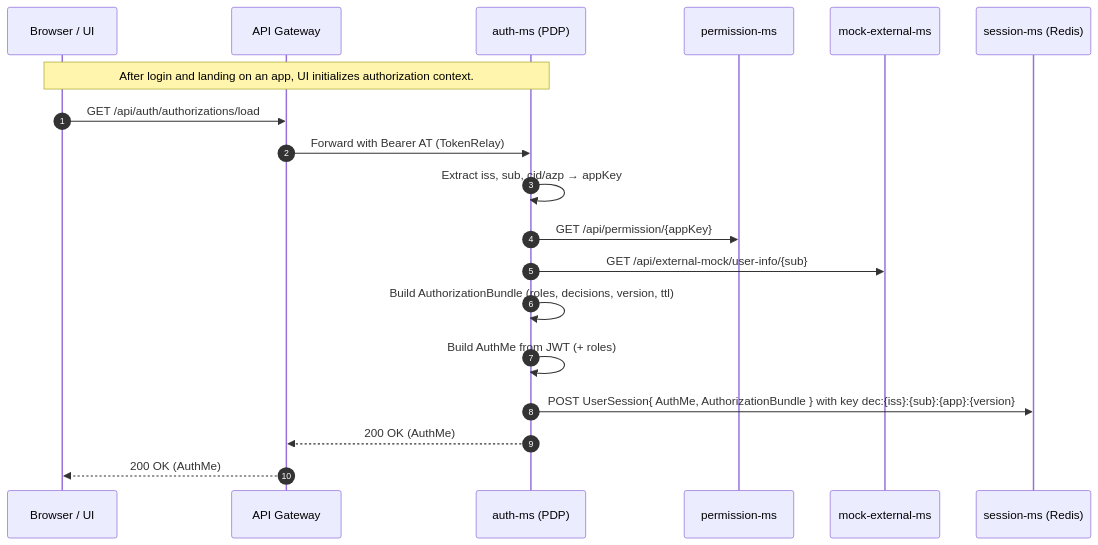
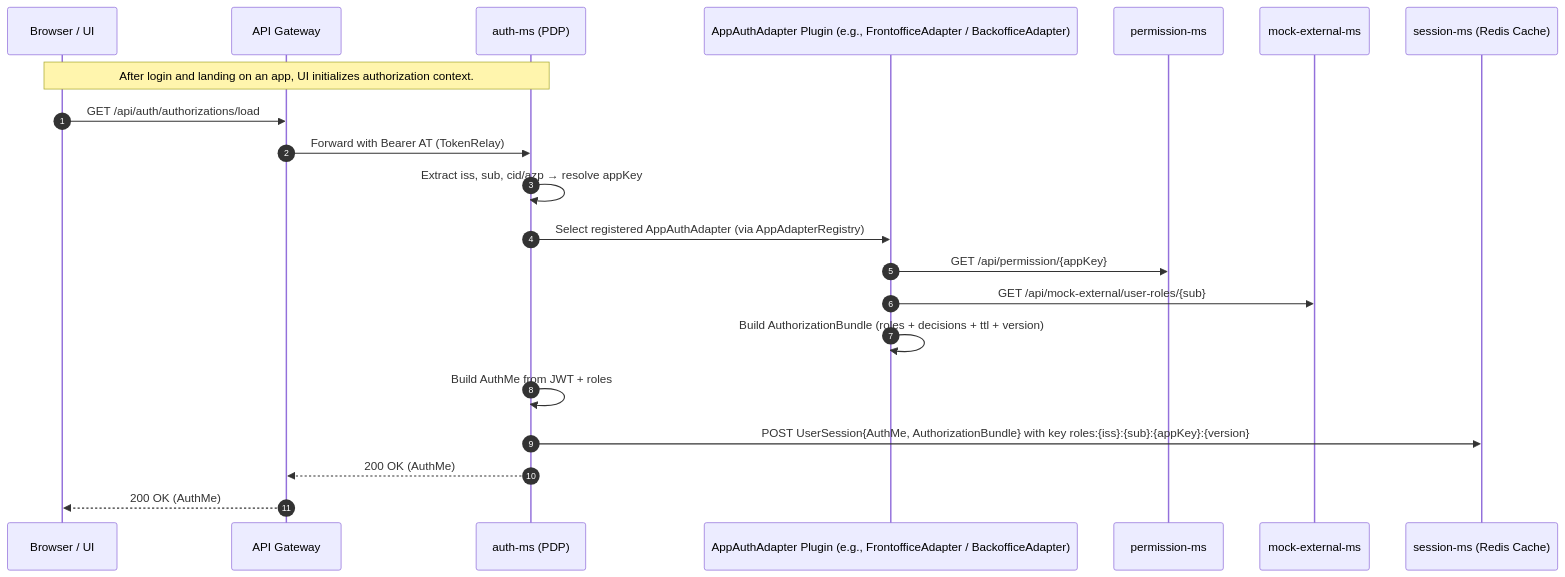
One commit to FredX123/sso-demo changed the third of 6 diagrams in backend/docs/auth_authz_caching/auth_authz_design.md. Above: the diagram before and after it, drawn with Mermaid. The commit also changed other lines of this file and 4 other files, not shown here.

````diff
--- a/backend/docs/auth_authz_caching/auth_authz_design.md
+++ b/backend/docs/auth_authz_caching/auth_authz_design.md
@@ -64,23 +71,25 @@
 ```mermaid
 sequenceDiagram
     autonumber
     participant Br as Browser / UI
     participant GW as API Gateway
     participant AUTH as auth-ms (PDP)
+    participant PLG as AppAuthAdapter Plugin (e.g., FrontofficeAdapter / BackofficeAdapter)
     participant PERM as permission-ms
     participant EXT as mock-external-ms
-    participant SESS as session-ms (Redis)
+    participant SESS as session-ms (Redis Cache)
 
     Note over Br,AUTH: After login and landing on an app, UI initializes authorization context.
 
     Br->>GW: GET /api/auth/authorizations/load
     GW->>AUTH: Forward with Bearer AT (TokenRelay)
-    AUTH->>AUTH: Extract iss, sub, cid/azp → appKey
-    AUTH->>PERM: GET /api/permission/{appKey}
-    AUTH->>EXT: GET /api/external-mock/user-info/{sub}
-    AUTH->>AUTH: Build AuthorizationBundle (roles, decisions, version, ttl)
-    AUTH->>AUTH: Build AuthMe from JWT (+ roles)
-    AUTH->>SESS: POST UserSession{ AuthMe, AuthorizationBundle } with key dec:{iss}:{sub}:{app}:{version}
+    AUTH->>AUTH: Extract iss, sub, cid/azp → resolve appKey
+    AUTH->>PLG: Select registered AppAuthAdapter (via AppAdapterRegistry)
+    PLG->>PERM: GET /api/permission/{appKey}
+    PLG->>EXT: GET /api/mock-external/user-roles/{sub}
+    PLG->>PLG: Build AuthorizationBundle (roles + decisions + ttl + version)
+    AUTH->>AUTH: Build AuthMe from JWT + roles
+    AUTH->>SESS: POST UserSession{AuthMe, AuthorizationBundle} with key roles:{iss}:{sub}:{appKey}:{version}
     AUTH-->>GW: 200 OK (AuthMe)
     GW-->>Br: 200 OK (AuthMe)
 ```
````
